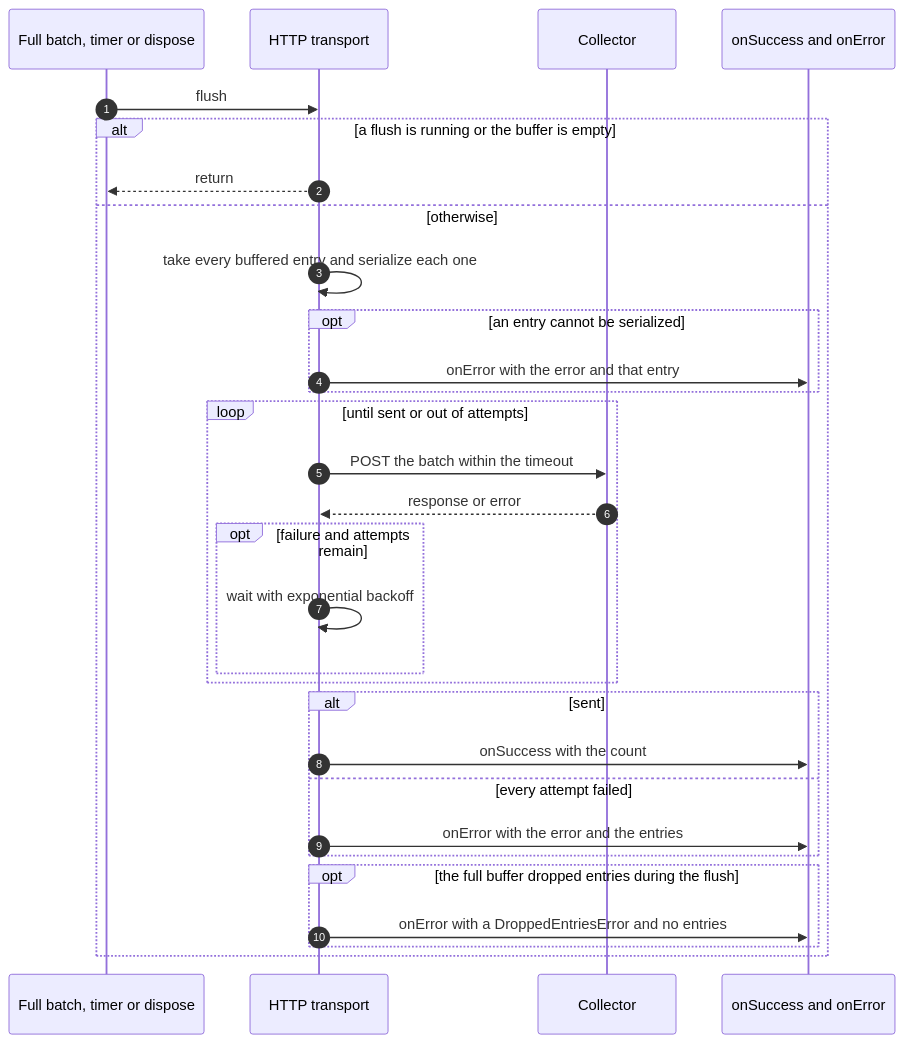
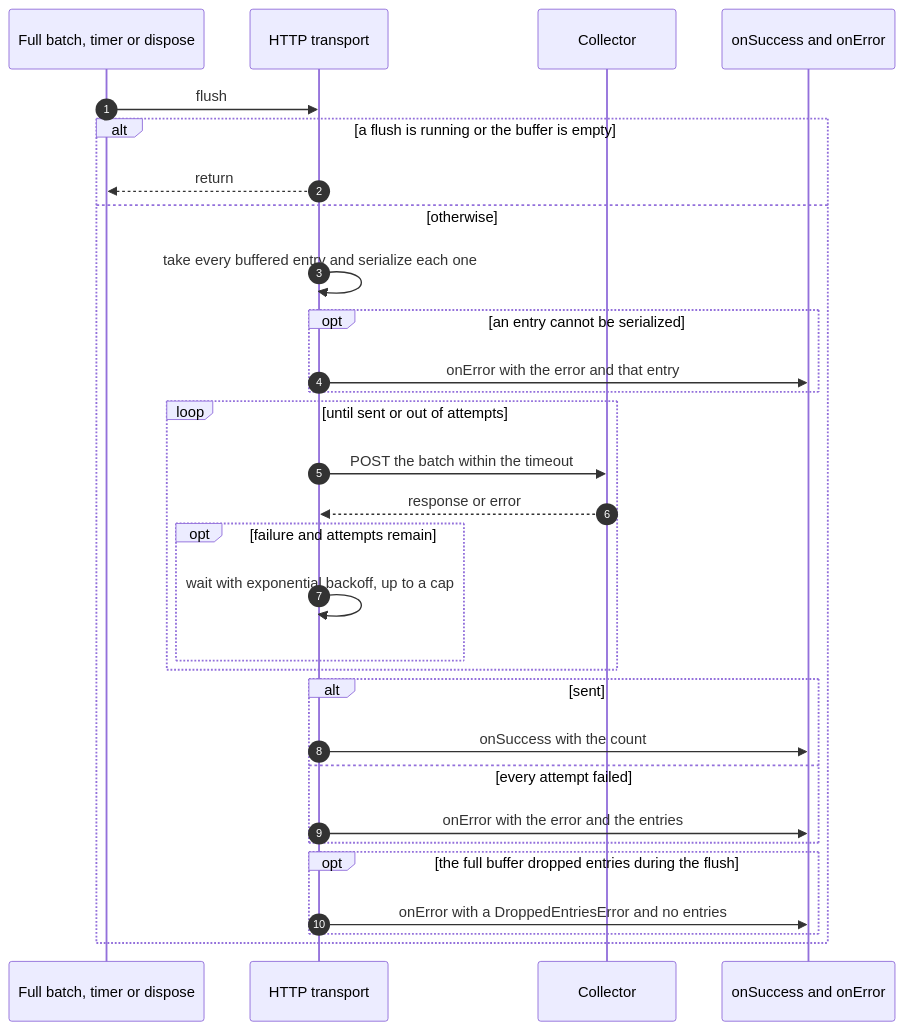
One commit to NextNodeSolutions/core changed the second of 2 diagrams in packages/logger/docs/transports/http.md. Above: the diagram before and after it, drawn with Mermaid. The commit also changed other lines of this file and 1 other file, not shown here.

First line of the commit message:
fix(logger): cap the http transport retry backoff

````diff
--- a/packages/logger/docs/transports/http.md
+++ b/packages/logger/docs/transports/http.md
@@ -99,32 +99,32 @@
 ```mermaid
 sequenceDiagram
     autonumber
     participant Trigger as Full batch, timer or dispose
     participant T as HTTP transport
     participant C as Collector
     participant Hooks as onSuccess and onError
     Trigger->>T: flush
     alt a flush is running or the buffer is empty
         T-->>Trigger: return
     else otherwise
         T->>T: take every buffered entry and serialize each one
         opt an entry cannot be serialized
             T->>Hooks: onError with the error and that entry
         end
         loop until sent or out of attempts
             T->>C: POST the batch within the timeout
             C-->>T: response or error
             opt failure and attempts remain
-                T->>T: wait with exponential backoff
+                T->>T: wait with exponential backoff, up to a cap
             end
         end
         alt sent
             T->>Hooks: onSuccess with the count
         else every attempt failed
             T->>Hooks: onError with the error and the entries
         end
         opt the full buffer dropped entries during the flush
             T->>Hooks: onError with a DroppedEntriesError and no entries
         end
     end
 ```
````
